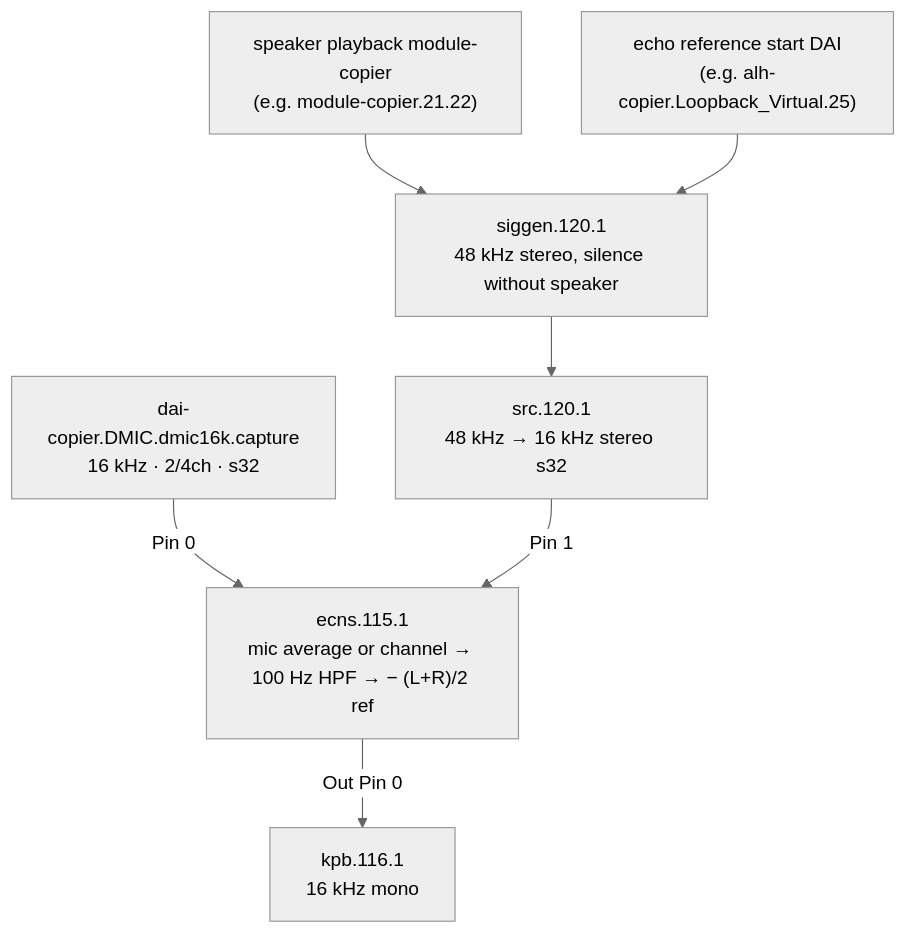
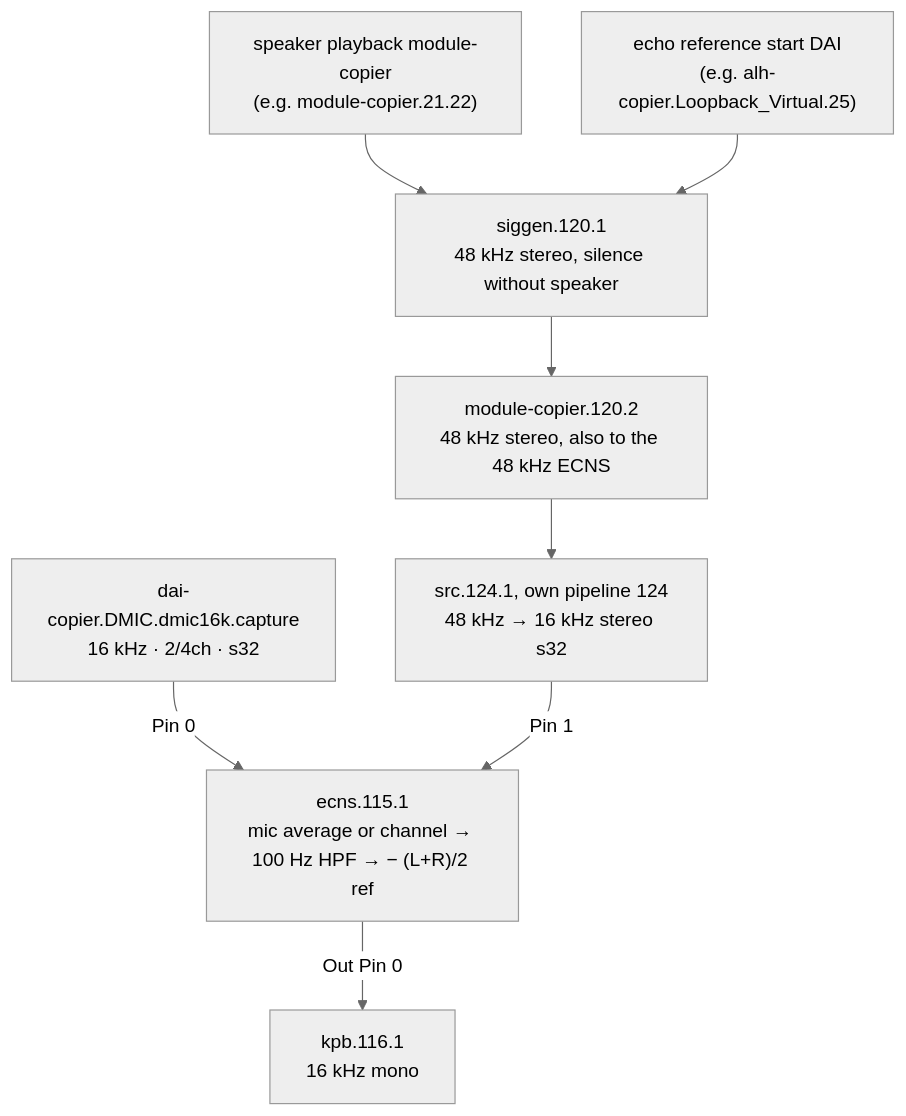
Before and after one commit to thesofproject/sof: the diagram in src/audio/ecns/README.md, drawn with Mermaid (neutral theme). The commit also changed other lines of this file and 13 other files, not shown here.

````diff
--- a/src/audio/ecns/README.md
+++ b/src/audio/ecns/README.md
@@ -84,17 +84,19 @@
 ```mermaid
 flowchart TD
     DMIC16K["dai-copier.DMIC.dmic16k.capture<br/>16 kHz · 2/4ch · s32"]
     SPK["speaker playback module-copier<br/>(e.g. module-copier.21.22)"]
     LOOP["echo reference start DAI<br/>(e.g. alh-copier.Loopback_Virtual.25)"]
     SIGGEN["siggen.120.1<br/>48 kHz stereo, silence without speaker"]
-    SRC["src.120.1<br/>48 kHz → 16 kHz stereo s32"]
+    MC120["module-copier.120.2<br/>48 kHz stereo, also to the 48 kHz ECNS"]
+    SRC["src.124.1, own pipeline 124<br/>48 kHz → 16 kHz stereo s32"]
     ECNS["ecns.115.1<br/>mic average or channel → 100 Hz HPF → − (L+R)/2 ref"]
     KPB["kpb.116.1<br/>16 kHz mono"]
 
     DMIC16K -->|"Pin 0"| ECNS
     SPK --> SIGGEN
     LOOP --> SIGGEN
-    SIGGEN --> SRC
+    SIGGEN --> MC120
+    MC120 --> SRC
     SRC -->|"Pin 1"| ECNS
     ECNS -->|"Out Pin 0"| KPB
 ```
````
